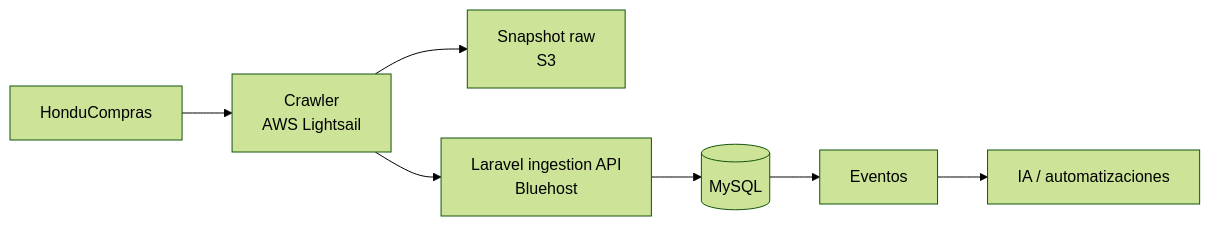
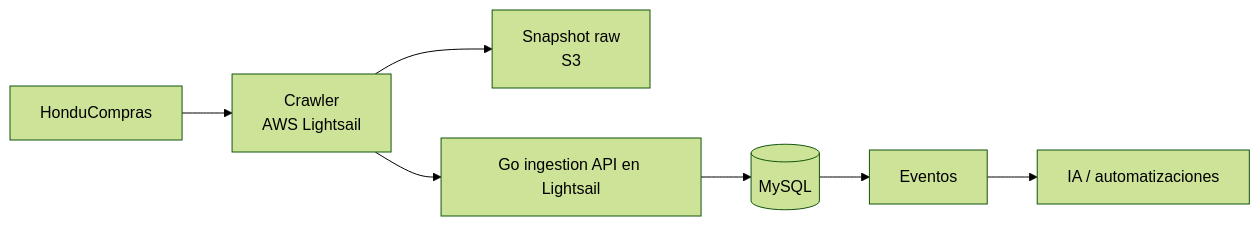
Before and after one commit to Ahcast/Bastion: the third of 4 diagrams in docs/architecture/oficina-ai-v2.md, drawn with Mermaid (forest theme). The commit also changed other lines of this file and 205 other files, not shown here.

````diff
--- a/docs/architecture/oficina-ai-v2.md
+++ b/docs/architecture/oficina-ai-v2.md
@@ -333,9 +333,9 @@
 ```mermaid
 flowchart LR
     HC["HonduCompras"] --> CR["Crawler<br/>AWS Lightsail"]
     CR --> RAW["Snapshot raw<br/>S3"]
-    CR --> ING["Laravel ingestion API<br/>Bluehost"]
+    CR --> ING["Go ingestion API en Lightsail"]
     ING --> DB[("MySQL")]
     DB --> EVT["Eventos"]
     EVT --> AI["IA / automatizaciones"]
 ```
````
